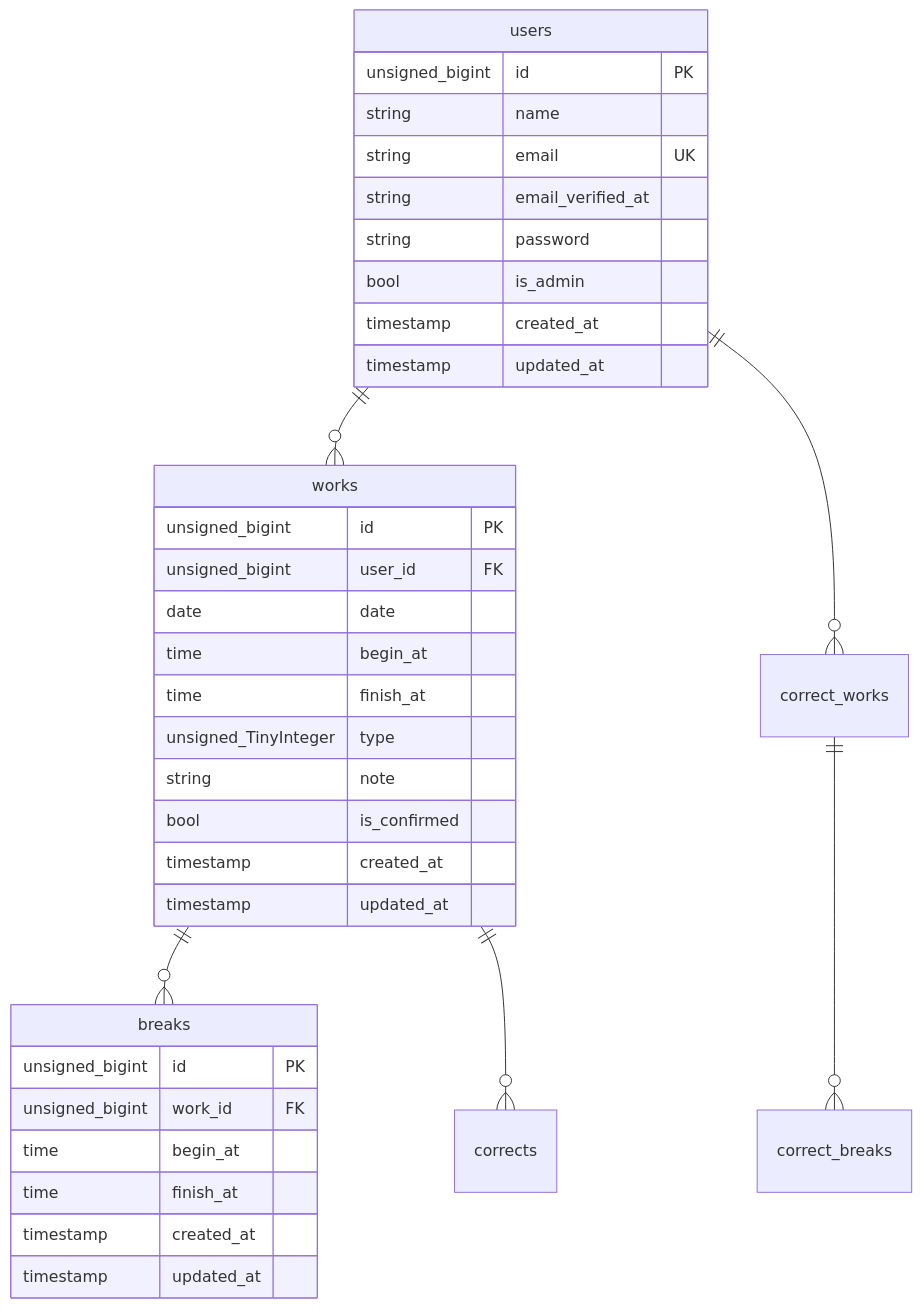
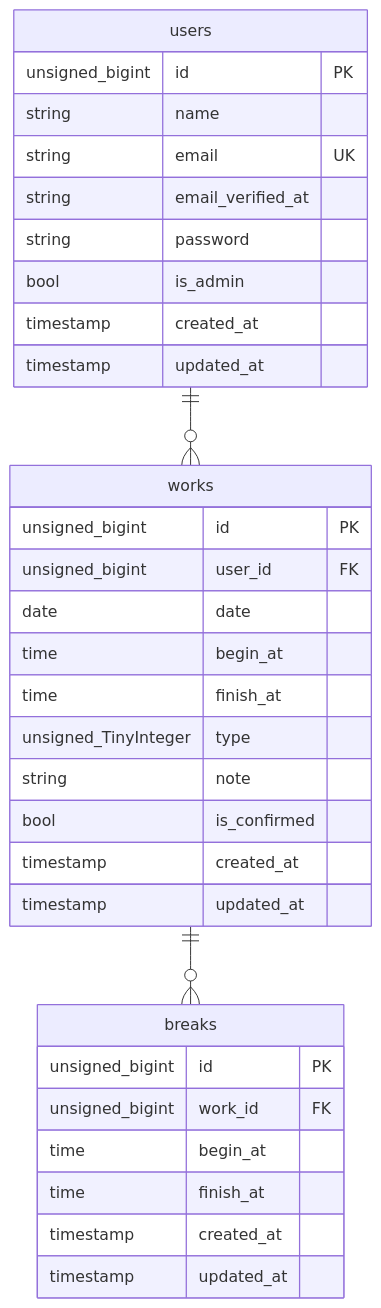
Before and after one commit to itoro967/AttendanceManagementApp: the diagram in README.md, drawn with Mermaid. The commit also changed 18 other files, not shown here.

````diff
--- a/README.md
+++ b/README.md
@@ -20,39 +20,37 @@
 ```mermaid
 erDiagram
 
 users||--o{works:""
 works||--o{breaks:""
-works||--o{corrects:""
-users||--o{correct_works:""
-correct_works||--o{correct_breaks:""
+
 users{
   unsigned_bigint id PK
   string name
   string email UK
   string email_verified_at
   string password
   bool is_admin
   timestamp created_at
   timestamp updated_at
 }
 works{
   unsigned_bigint id PK
   unsigned_bigint user_id FK
   date date
   time begin_at
   time finish_at
   unsigned_TinyInteger type
   string note
   bool is_confirmed
   timestamp created_at
   timestamp updated_at
 }
 breaks{
   unsigned_bigint id PK
   unsigned_bigint work_id FK
   time begin_at
   time finish_at
   timestamp created_at
   timestamp updated_at
 }
 ```
````
